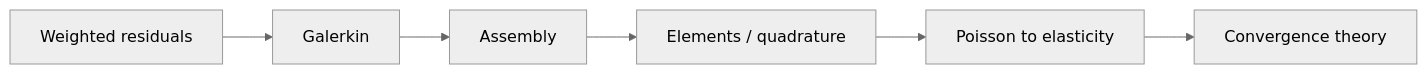
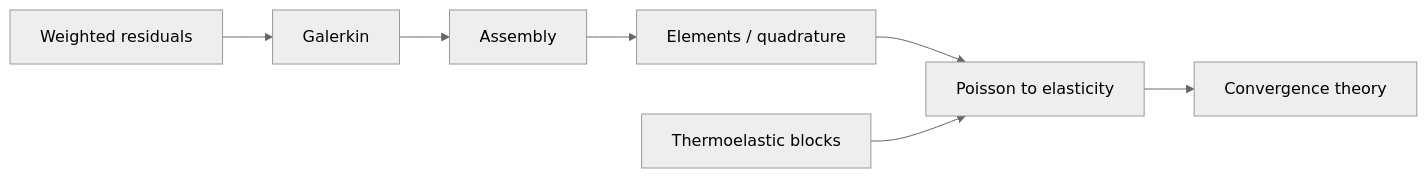
One commit to hanfengzhai/CompMechBook changed the first of 2 diagrams in writings/fem/chapters/00-opening.md. Above: the diagram before and after it, drawn with Mermaid (neutral theme). The commit also changed other lines of this file and 1 other file, not shown here.

First line of the commit message:
Expand Part IV opening with thermoelastic assembly thread

````diff
--- a/writings/fem/chapters/00-opening.md
+++ b/writings/fem/chapters/00-opening.md
@@ -42,8 +44,9 @@
 ```mermaid
 flowchart LR
   WR[Weighted residuals] --> G[Galerkin]
   G --> A[Assembly]
   A --> EL[Elements / quadrature]
   EL --> P[Poisson to elasticity]
+  T[Thermoelastic blocks] --> P
   P --> C[Convergence theory]
 ```
````
